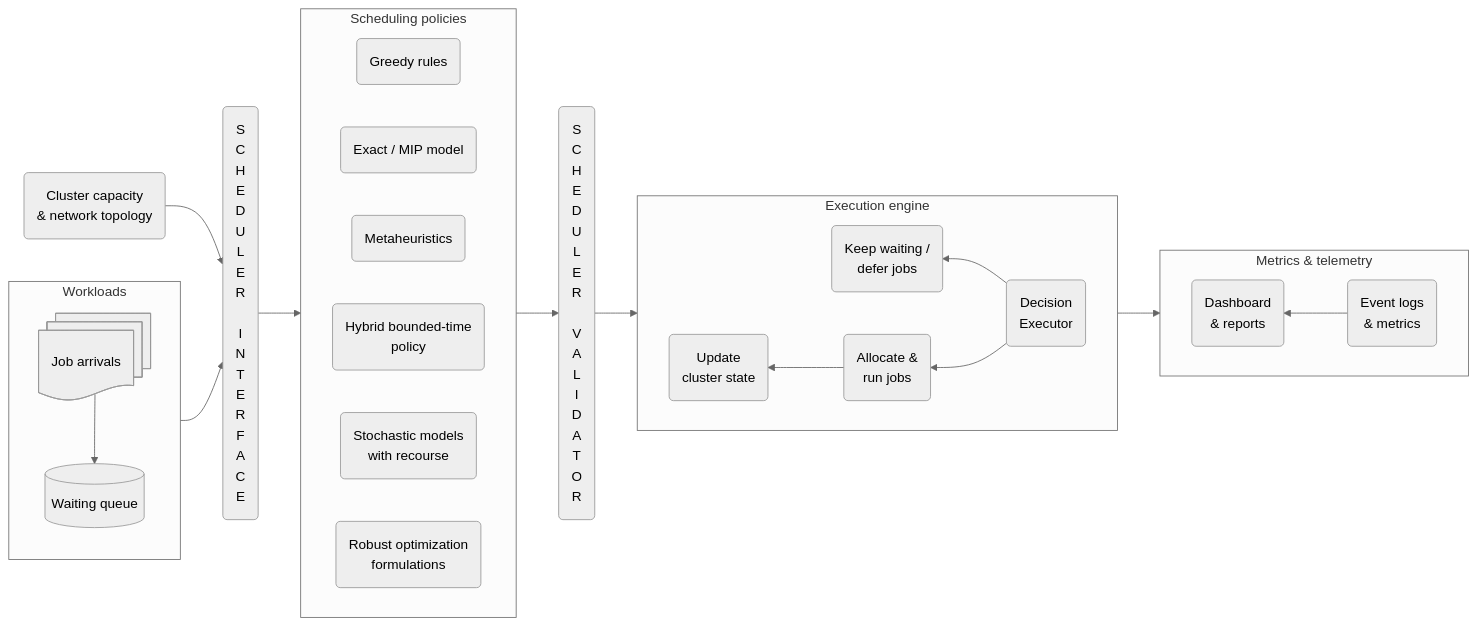
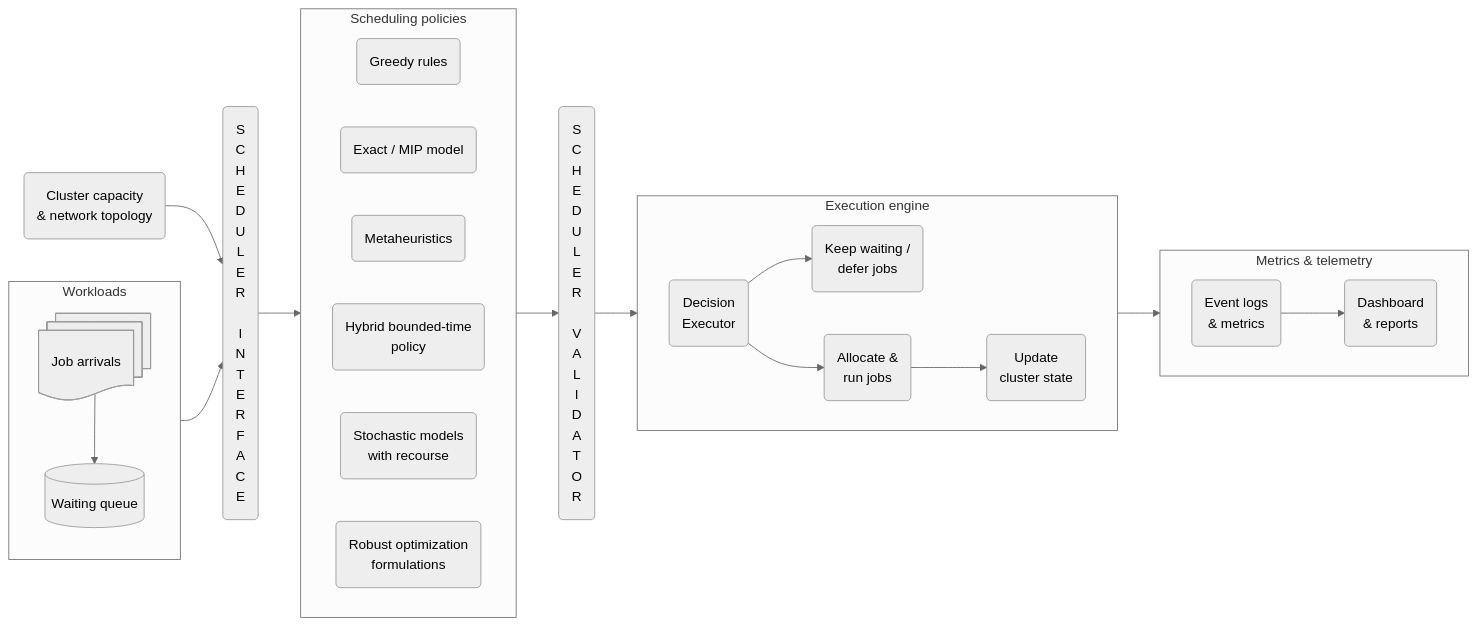
The first of 2 diagrams in README.md (momoadegbindin/compute-capacity-orchestrator), drawn with Mermaid (neutral theme) before and after one commit. The commit also changed other lines of this file, not shown here.

Commit message:
adjust mermaid diagrams directions

````diff
--- a/README.md
+++ b/README.md
@@ -46,46 +46,46 @@
 ```mermaid
 flowchart LR
     %% 1. Input Stream
     subgraph W[Workloads]
        direction TB
        A@{ shape: docs, label: "Job arrivals"} --> B[(Waiting queue)]
     end
   
     S(Cluster capacity<br>& network topology) --> D("S<br>C<br>H<br>E<br>D<br>U<br>L<br>E<br>R<br><br>I<br>N<br>T<br>E<br>R<br>F<br>A<br>C<br>E")
     B --> D
 
     %% 2. Policy Choice
     subgraph P[Scheduling policies]
         direction RL
         P1(Greedy rules)
         P2(Exact / MIP model)
         P3(Metaheuristics)
         P4(Hybrid bounded-time<br>policy)
         P5(Stochastic models<br>with recourse) 
         P6(Robust optimization<br>formulations)
     end
     D --> P
   
     %% 3. Output Execution
     subgraph Decisions[Execution engine]
-        direction RL
+        direction LR
         E(Decision<br>Executor)
         G(Keep waiting /<br>defer jobs)
         F(Allocate &<br>run jobs)
         H(Update<br>cluster state)
         E --> G
         E --> F
         F --> H
     end 
     P -->  V("S<br>C<br>H<br>E<br>D<br>U<br>L<br>E<br>R<br><br>V<br>A<br>L<br>I<br>D<br>A<br>T<br>O<br>R")
     V --> E
   
     %% 4. Metrics Logging
     subgraph Analytics[Metrics & telemetry]
-        direction RL
+        direction LR
 	    I(Event logs<br>& metrics)
 	    I --> J(Dashboard<br>& reports)
 	end
 	E --> I
 
 ```
````
